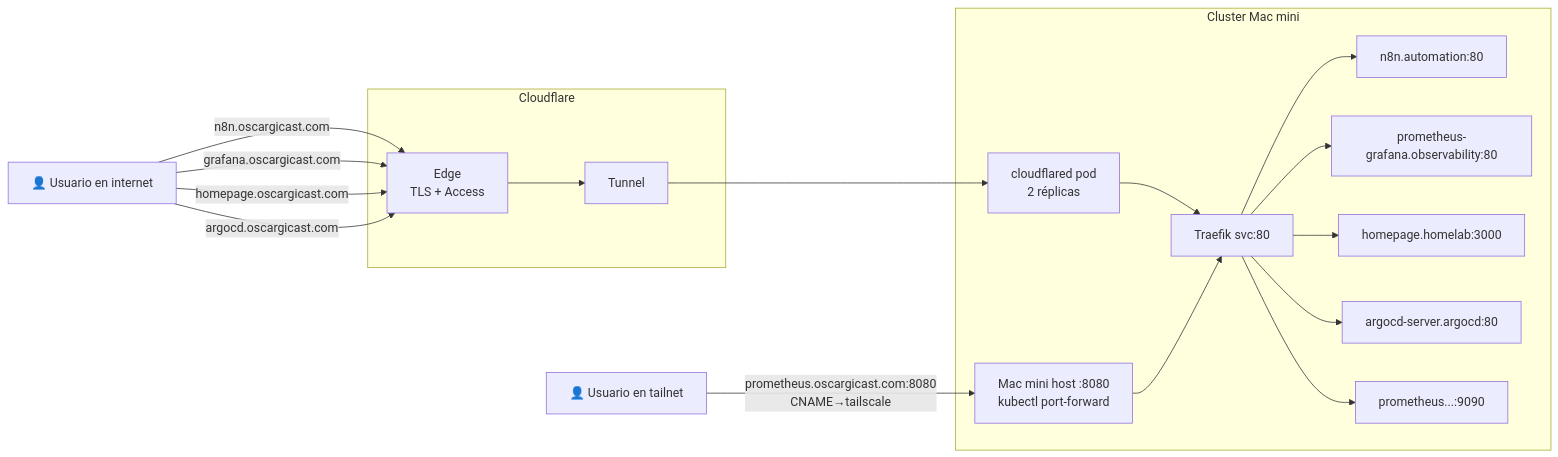
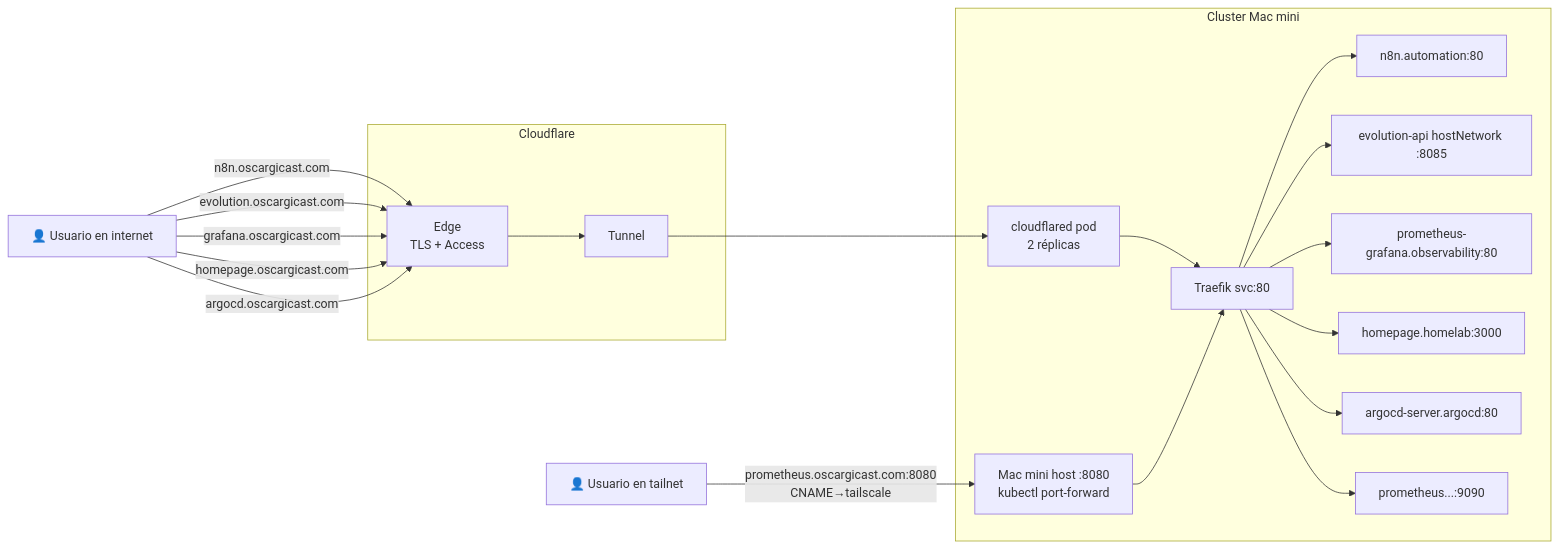
The second of 2 diagrams in README.md (oscargicast/homelab-k8s), drawn with Mermaid before and after one commit. The commit also changed other lines of this file and 2 other files, not shown here.

First line of the commit message:
docs: documentar Evolution API + lessons learned post-debugging

````diff
--- a/README.md
+++ b/README.md
@@ -27,37 +27,40 @@
 ```mermaid
 graph LR
     USR_EXT[👤 Usuario en internet]
     USR_INT[👤 Usuario en tailnet]
 
     subgraph CF[Cloudflare]
         EDGE[Edge<br/>TLS + Access]
         TUNNEL[Tunnel]
     end
 
     subgraph CLUSTER[Cluster Mac mini]
         CFD[cloudflared pod<br/>2 réplicas]
         TRA[Traefik svc:80]
         PF8080[Mac mini host :8080<br/>kubectl port-forward]
         N8N[n8n.automation:80]
+        EVO[evolution-api hostNetwork :8085]
         GRA[prometheus-grafana.observability:80]
         HOM[homepage.homelab:3000]
         ARGO[argocd-server.argocd:80]
         PROM[prometheus...:9090]
     end
 
     USR_EXT -->|n8n.oscargicast.com| EDGE
+    USR_EXT -->|evolution.oscargicast.com| EDGE
     USR_EXT -->|grafana.oscargicast.com| EDGE
     USR_EXT -->|homepage.oscargicast.com| EDGE
     USR_EXT -->|argocd.oscargicast.com| EDGE
     EDGE --> TUNNEL
     TUNNEL --> CFD
     CFD --> TRA
     TRA --> N8N
+    TRA --> EVO
     TRA --> GRA
     TRA --> HOM
     TRA --> ARGO
 
     USR_INT -->|prometheus.oscargicast.com:8080<br/>CNAME→tailscale| PF8080
     PF8080 --> TRA
     TRA --> PROM
 ```
````
